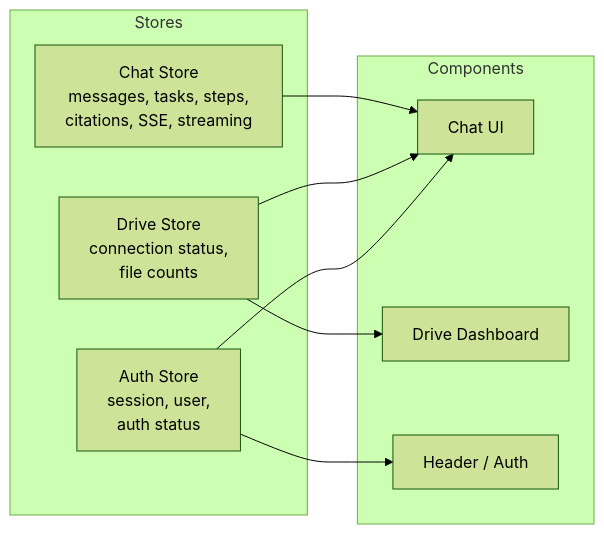
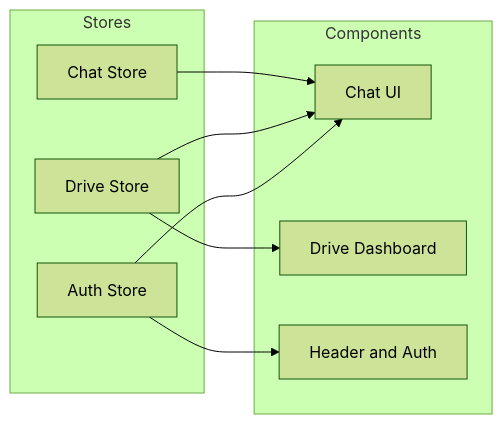
Diagram 11 of 12 in README.md (lokeshkhabiya/Libra-AI-assignment), drawn with Mermaid (forest theme) before and after one commit. The commit also changed other lines of this file, not shown here.

````diff
--- a/README.md
+++ b/README.md
@@ -959,20 +969,20 @@
 ```mermaid
 flowchart LR
     subgraph Stores
-        CS[Chat Store<br/>messages, tasks, steps,<br/>citations, SSE, streaming]
-        DS[Drive Store<br/>connection status,<br/>file counts]
-        AS[Auth Store<br/>session, user,<br/>auth status]
+        CS[Chat Store]
+        DS[Drive Store]
+        AS[Auth Store]
     end
 
     subgraph Components
         CHAT[Chat UI]
         DRIVE[Drive Dashboard]
-        HEADER[Header / Auth]
+        HEADER[Header and Auth]
     end
 
     CS --> CHAT
     DS --> DRIVE
     DS --> CHAT
     AS --> HEADER
     AS --> CHAT
 ```
````
